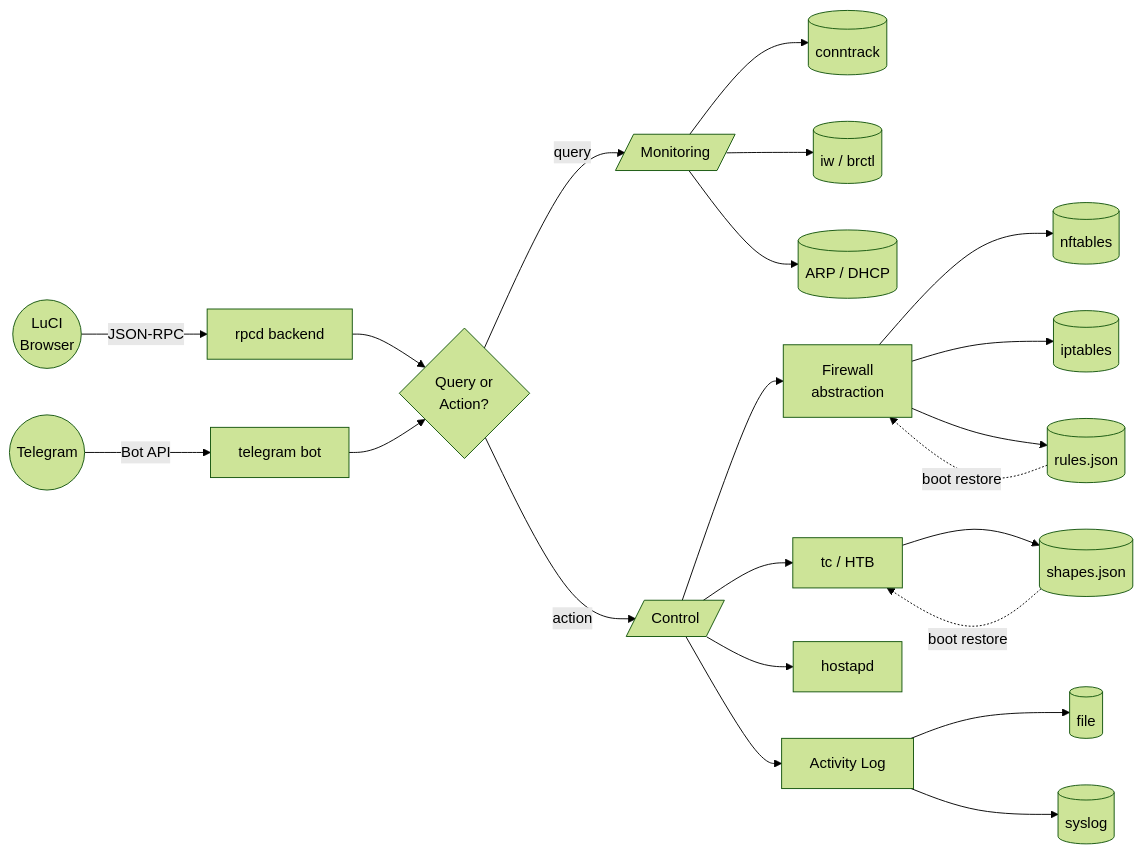
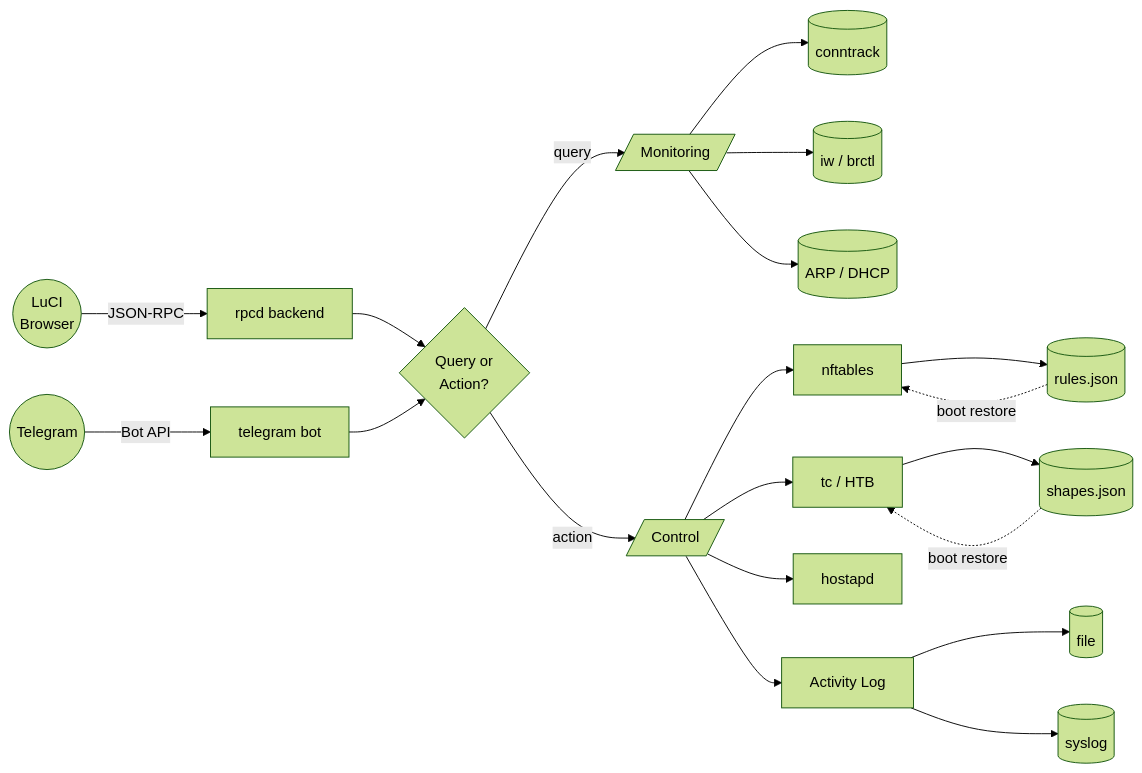
Before and after one commit to YusDyr/luci-app-trafficctl: the diagram in README.md, drawn with Mermaid (forest theme). The commit also changed other lines of this file and 35 other files, not shown here.

First line of the commit message:
feat!: require firewall4 and drop iptables support (OpenWrt 22.03+)

````diff
--- a/README.md
+++ b/README.md
@@ -609,31 +609,28 @@
 ```mermaid
 flowchart LR
     A((LuCI\nBrowser)) -->|JSON-RPC| B[rpcd backend]
     T((Telegram)) -->|Bot API| TG[telegram bot]
 
     B --> C{Query or\nAction?}
     TG --> C
 
     C -->|query| D[/Monitoring/]
     C -->|action| E[/Control/]
 
     D --> F[(conntrack)]
     D --> G[(iw / brctl)]
     D --> N[(ARP / DHCP)]
 
-    E --> H[Firewall\nabstraction]
+    E --> H[nftables]
     E --> I[tc / HTB]
     E --> J[hostapd]
-
-    H --> K[(nftables)]
-    H --> L[(iptables)]
 
     I --> M[(shapes.json)]
     H --> R[(rules.json)]
     M -.->|boot restore| I
     R -.->|boot restore| H
 
     E --> LOG[Activity Log]
     LOG --> S[(file)]
     LOG --> SL[(syslog)]
 ```
````
